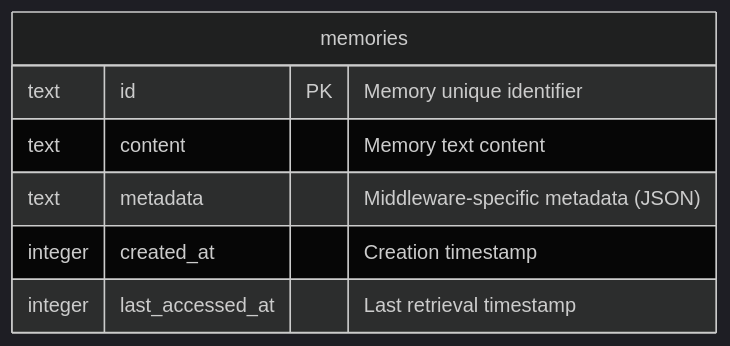
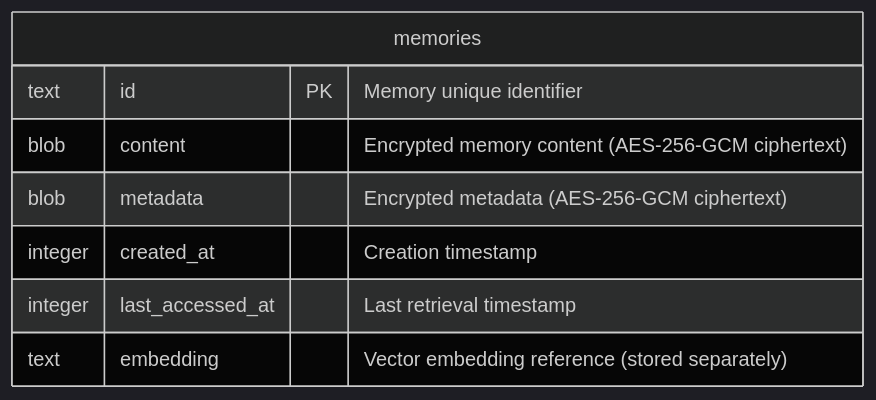
Before and after one commit to openkraken-ai/openkraken: the third of 5 diagrams in TechSpec.md, drawn with Mermaid (dark theme). The commit also changed other lines of this file and 2 other files, not shown here.

````diff
--- a/TechSpec.md
+++ b/TechSpec.md
@@ -278,10 +280,11 @@
 ```mermaid
 erDiagram
     memories {
         text id PK "Memory unique identifier"
-        text content "Memory text content"
-        text metadata "Middleware-specific metadata (JSON)"
+        blob content "Encrypted memory content (AES-256-GCM ciphertext)"
+        blob metadata "Encrypted metadata (AES-256-GCM ciphertext)"
         integer created_at "Creation timestamp"
         integer last_accessed_at "Last retrieval timestamp"
+        text embedding "Vector embedding reference (stored separately)"
     }
 ```
````
